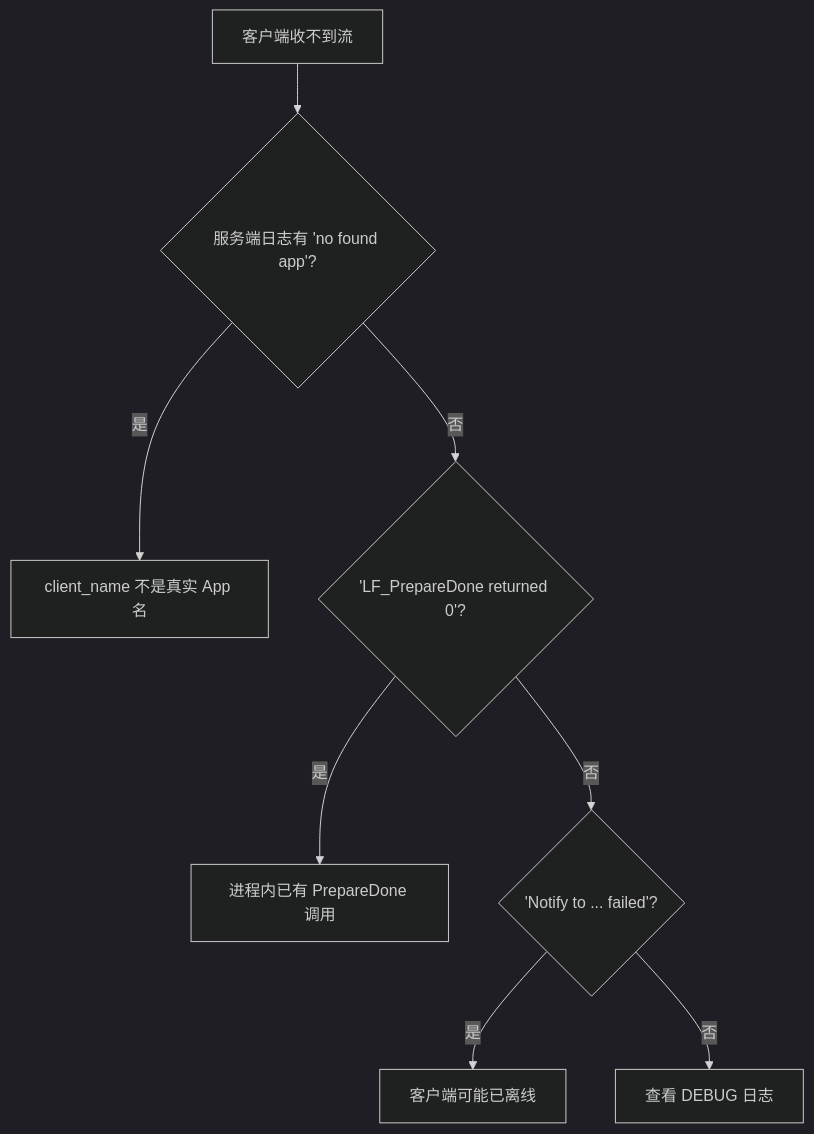
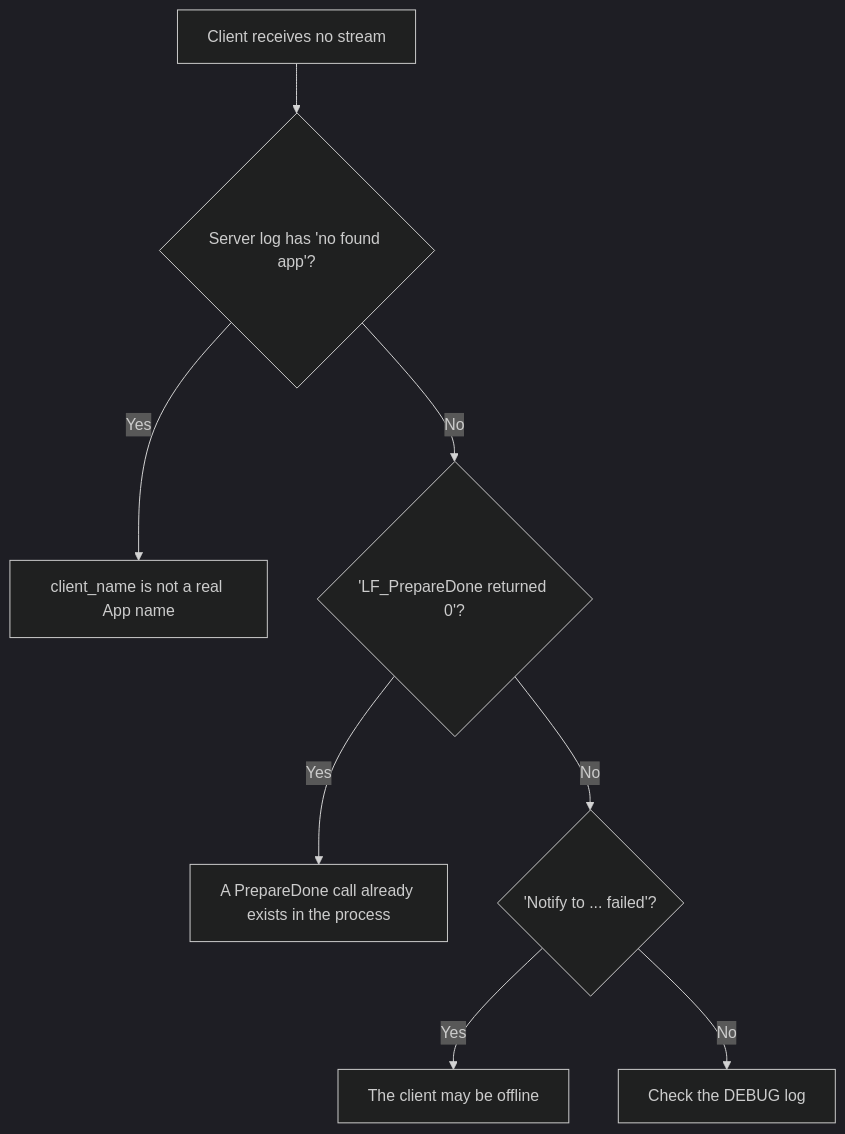
One commit to PassByYou888/LingoFuse-Tools changed the tenth of 15 diagrams in src/pascal_c_to_mcp/code_decl_to_mcp_knowledge_base.md. Above: the diagram before and after it, drawn with Mermaid (dark theme). The commit also changed other lines of this file, not shown here.

````diff
--- a/src/pascal_c_to_mcp/code_decl_to_mcp_knowledge_base.md
+++ b/src/pascal_c_to_mcp/code_decl_to_mcp_knowledge_base.md
@@ -1615,10 +1616,10 @@
 ```mermaid
 flowchart TD
-    START["客户端收不到流"] --> Q1{"服务端日志有 'no found app'?"}
-    Q1 -- 是 --> A1["client_name 不是真实 App 名"]
-    Q1 -- 否 --> Q2{"'LF_PrepareDone returned 0'?"}
-    Q2 -- 是 --> A2["进程内已有 PrepareDone 调用"]
-    Q2 -- 否 --> Q3{"'Notify to ... failed'?"}
-    Q3 -- 是 --> A3["客户端可能已离线"]
-    Q3 -- 否 --> Q4["查看 DEBUG 日志"]
+    START["Client receives no stream"] --> Q1{"Server log has 'no found app'?"}
+    Q1 -- Yes --> A1["client_name is not a real App name"]
+    Q1 -- No --> Q2{"'LF_PrepareDone returned 0'?"}
+    Q2 -- Yes --> A2["A PrepareDone call already exists in the process"]
+    Q2 -- No --> Q3{"'Notify to ... failed'?"}
+    Q3 -- Yes --> A3["The client may be offline"]
+    Q3 -- No --> Q4["Check the DEBUG log"]
 ```
````
